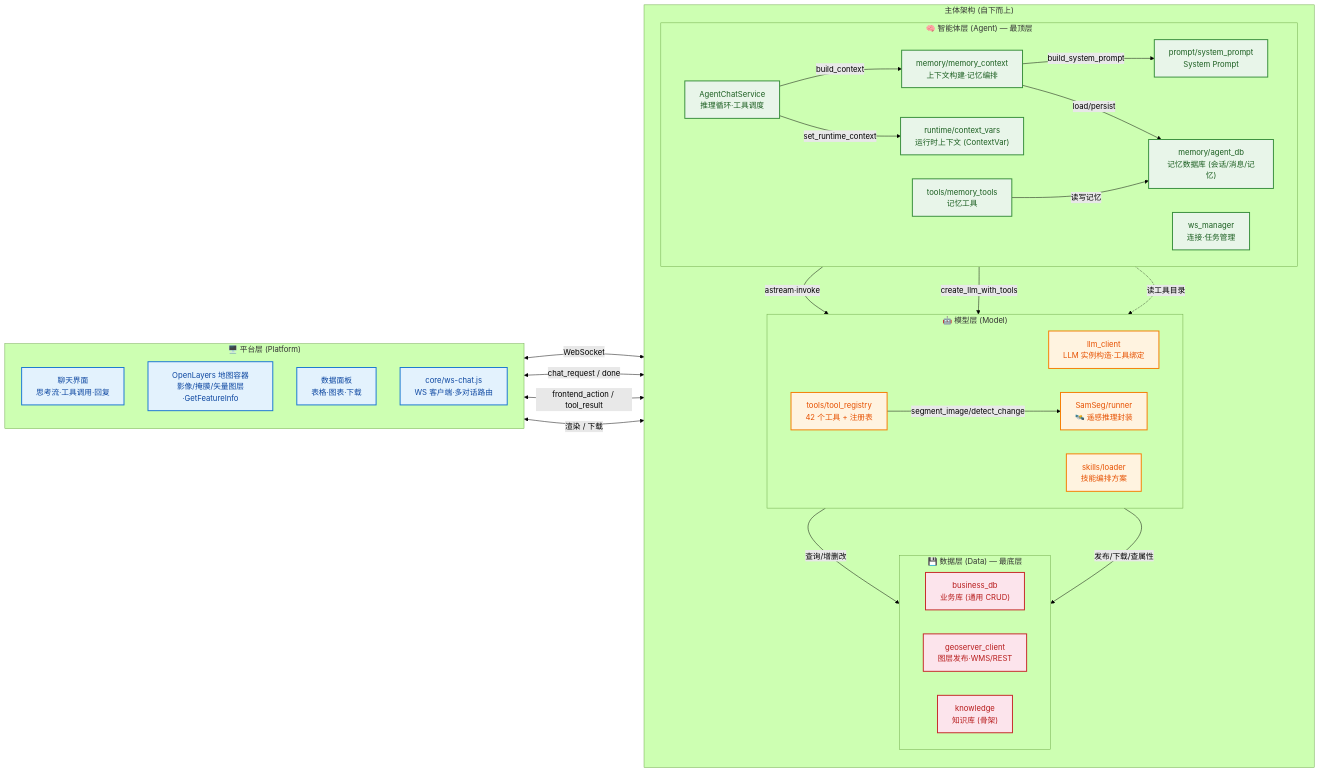
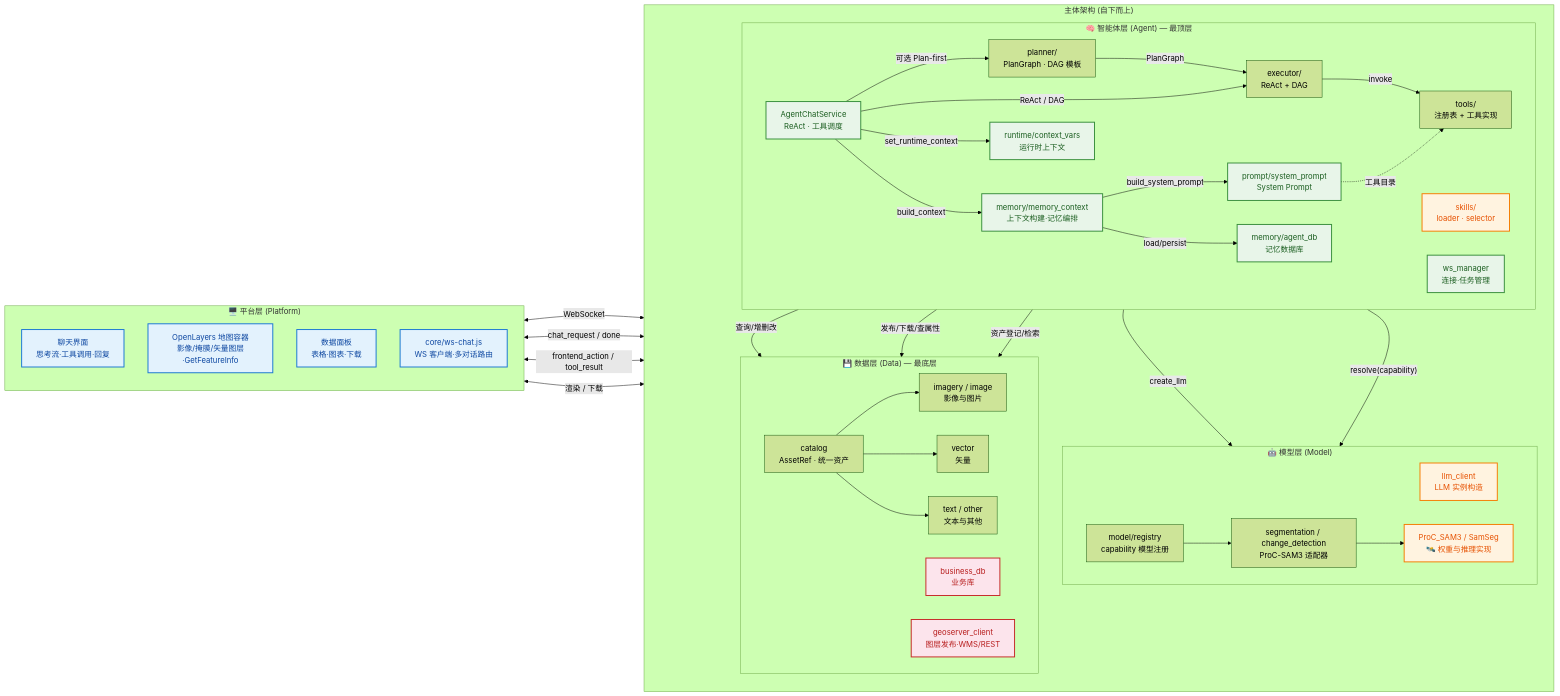
The diagram in docs/architecture.md (qianxiR/Agent-RSCD), drawn with Mermaid (forest theme) before and after one commit. The commit also changed other lines of this file and 59 other files, not shown here.

First line of the commit message:
refactor(backend): 完成 V2 迁移收尾与数据仓储/Plan-first 扩展

```diff
--- a/docs/architecture.md
+++ b/docs/architecture.md
@@ -160,28 +161,34 @@
 
         subgraph AGENT["🧠 智能体层 (Agent) — 最顶层"]
             direction LR
-            SERVICE["AgentChatService<br/>推理循环·工具调度"]
+            SERVICE["AgentChatService<br/>ReAct · 工具调度"]
+            PLANNER["planner/<br/>PlanGraph · DAG 模板"]
+            EXECUTOR["executor/<br/>ReAct + DAG"]
+            TOOLS["tools/<br/>注册表 + 工具实现"]
+            SKILLS["skills/<br/>loader · selector"]
             WS["ws_manager<br/>连接·任务管理"]
             MEMORY["memory/memory_context<br/>上下文构建·记忆编排"]
-            AGENTDB["memory/agent_db<br/>记忆数据库 (会话/消息/记忆)"]
+            AGENTDB["memory/agent_db<br/>记忆数据库"]
             PROMPT["prompt/system_prompt<br/>System Prompt"]
-            RUNTIME["runtime/context_vars<br/>运行时上下文 (ContextVar)"]
-            MEMTOOLS["tools/memory_tools<br/>记忆工具"]
+            RUNTIME["runtime/context_vars<br/>运行时上下文"]
         end
 
         subgraph MODEL["🤖 模型层 (Model)"]
             direction LR
-            LLM_CLIENT["llm_client<br/>LLM 实例构造·工具绑定"]
-            TOOLREG["tools/tool_registry<br/>42 个工具 + 注册表"]
-            SAMSEG["SamSeg/runner<br/>🛰️ 遥感推理封装"]
-            SKILLS["skills/loader<br/>技能编排方案"]
+            LLM_CLIENT["llm_client<br/>LLM 实例构造"]
+            MODELREG["model/registry<br/>capability 模型注册"]
+            ADAPTERS["segmentation / change_detection<br/>ProC-SAM3 适配器"]
+            SAMSEG["ProC_SAM3 / SamSeg<br/>🛰️ 权重与推理实现"]
         end
 
         subgraph DATA["💾 数据层 (Data) — 最底层"]
             direction LR
-            BIZ["business_db<br/>业务库 (通用 CRUD)"]
+            CATALOG["catalog<br/>AssetRef · 统一资产"]
+            IMAGE["imagery / image<br/>影像与图片"]
+            VECTOR["vector<br/>矢量"]
+            TEXT["text / other<br/>文本与其他"]
+            BIZ["business_db<br/>业务库"]
             GEOSERVER["geoserver_client<br/>图层发布·WMS/REST"]
-            KNOWLEDGE["knowledge<br/>知识库 (骨架)"]
         end
     end
 
@@ -195,23 +202,31 @@
     end
 
     %% ========== 智能体层内部 ==========
+    SERVICE -->|"可选 Plan-first"| PLANNER
+    PLANNER -->|"PlanGraph"| EXECUTOR
+    SERVICE -->|"ReAct / DAG"| EXECUTOR
+    EXECUTOR -->|"invoke"| TOOLS
     SERVICE -->|"build_context"| MEMORY
-    SERVICE -->|"astream·invoke"| TOOLREG
     SERVICE -->|"set_runtime_context"| RUNTIME
 
     %% ========== 智能体 → 模型 ==========
-    SERVICE -->|"create_llm_with_tools"| LLM_CLIENT
+    SERVICE -->|"create_llm"| LLM_CLIENT
+    TOOLS -->|"resolve(capability)"| MODELREG
+    MODELREG --> ADAPTERS
+    ADAPTERS --> SAMSEG
     MEMORY -->|"build_system_prompt"| PROMPT
-    PROMPT -.->|"读工具目录"| TOOLREG
+    PROMPT -.->|"工具目录"| TOOLS
 
     %% ========== 智能体 → 记忆数据库 ==========
     MEMORY -->|"load/persist"| AGENTDB
-    MEMTOOLS -->|"读写记忆"| AGENTDB
 
-    %% ========== 模型工具 → 数据 ==========
-    TOOLREG -->|"查询/增删改"| BIZ
-    TOOLREG -->|"发布/下载/查属性"| GEOSERVER
-    TOOLREG -->|"segment_image/detect_change"| SAMSEG
+    %% ========== 工具 → 数据 ==========
+    TOOLS -->|"查询/增删改"| BIZ
+    TOOLS -->|"发布/下载/查属性"| GEOSERVER
+    TOOLS -->|"资产登记/检索"| CATALOG
+    CATALOG --> IMAGE
+    CATALOG --> VECTOR
+    CATALOG --> TEXT
 
     %% ========== 平台层 ↔ 智能体层 ==========
     WSCHAT <-->|"WebSocket"| WS
```
